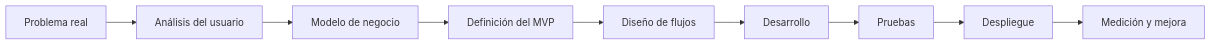
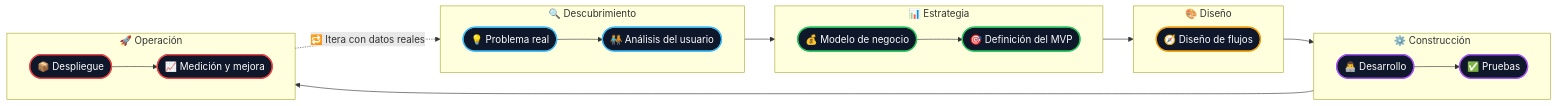
One commit to EnriqueMagana/EnriqueMagana changed the first of 2 diagrams in README.md. Above: the diagram before and after it, drawn with Mermaid. The commit also changed other lines of this file, not shown here.

````diff
--- a/README.md
+++ b/README.md
@@ -112,11 +122,45 @@
 ```mermaid
 flowchart LR
-    A[Problema real] --> B[Análisis del usuario]
-    B --> C[Modelo de negocio]
-    C --> D[Definición del MVP]
-    D --> E[Diseño de flujos]
-    E --> F[Desarrollo]
-    F --> G[Pruebas]
-    G --> H[Despliegue]
-    H --> I[Medición y mejora]
+    subgraph Descubrimiento[" 🔍 Descubrimiento "]
+        direction LR
+        A(["💡 Problema real"]) --> B(["🧑‍🤝‍🧑 Análisis del usuario"])
+    end
+
+    subgraph Estrategia[" 📊 Estrategia "]
+        direction LR
+        C(["💰 Modelo de negocio"]) --> D(["🎯 Definición del MVP"])
+    end
+
+    subgraph Diseño[" 🎨 Diseño "]
+        direction LR
+        E(["🧭 Diseño de flujos"])
+    end
+
+    subgraph Construcción[" ⚙️ Construcción "]
+        direction LR
+        F(["👨‍💻 Desarrollo"]) --> G(["✅ Pruebas"])
+    end
+
+    subgraph Operación[" 🚀 Operación "]
+        direction LR
+        H(["📦 Despliegue"]) --> I(["📈 Medición y mejora"])
+    end
+
+    B --> C
+    D --> E
+    E --> F
+    G --> H
+    I -. "🔁 Itera con datos reales" .-> A
+
+    classDef discovery fill:#0F172A,stroke:#38BDF8,stroke-width:2px,color:#fff
+    classDef strategy fill:#0F172A,stroke:#22C55E,stroke-width:2px,color:#fff
+    classDef design fill:#0F172A,stroke:#F59E0B,stroke-width:2px,color:#fff
+    classDef build fill:#0F172A,stroke:#A855F7,stroke-width:2px,color:#fff
+    classDef ops fill:#0F172A,stroke:#EF4444,stroke-width:2px,color:#fff
+
+    class A,B discovery
+    class C,D strategy
+    class E design
+    class F,G build
+    class H,I ops
 ```
````
